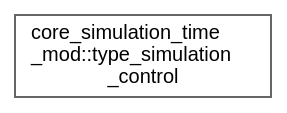
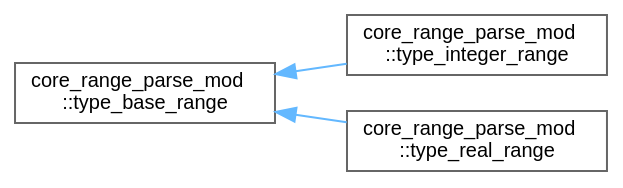
One commit to mayhl/FUNWAVE-TVD changed the diagram in release/v4.0-beta/inherit_graph_19.dot. Above: the diagram before and after it, drawn with Graphviz. The commit also changed 113 other files, not shown here.

```diff
--- a/release/v4.0-beta/inherit_graph_19.dot
+++ b/release/v4.0-beta/inherit_graph_19.dot
@@ -1,9 +1,13 @@
 digraph "Graphical Class Hierarchy"
 {
  // LATEX_PDF_SIZE
   bgcolor="transparent";
   edge [fontname=Helvetica,fontsize=10,labelfontname=Helvetica,labelfontsize=10];
   node [fontname=Helvetica,fontsize=10,shape=box,height=0.2,width=0.4];
   rankdir="LR";
-  Node0 [id="Node000000",label="core_simulation_time\l_mod::type_simulation\l_control",height=0.2,width=0.4,color="grey40", fillcolor="white", style="filled",URL="$structcore__simulation__time__mod_1_1type__simulation__control.html",tooltip=" "];
+  Node0 [id="Node000000",label="core_range_parse_mod\l::type_base_range",height=0.2,width=0.4,color="grey40", fillcolor="white", style="filled",URL="$structcore__range__parse__mod_1_1type__base__range.html",tooltip="Base type for range logic."];
+  Node0 -> Node1 [id="edge1_Node000000_Node000001",dir="back",color="steelblue1",style="solid",tooltip=" "];
+  Node1 [id="Node000001",label="core_range_parse_mod\l::type_integer_range",height=0.2,width=0.4,color="grey40", fillcolor="white", style="filled",URL="$structcore__range__parse__mod_1_1type__integer__range.html",tooltip="Integer range type."];
+  Node0 -> Node2 [id="edge2_Node000000_Node000002",dir="back",color="steelblue1",style="solid",tooltip=" "];
+  Node2 [id="Node000002",label="core_range_parse_mod\l::type_real_range",height=0.2,width=0.4,color="grey40", fillcolor="white", style="filled",URL="$structcore__range__parse__mod_1_1type__real__range.html",tooltip="Real range type."];
 }
```
